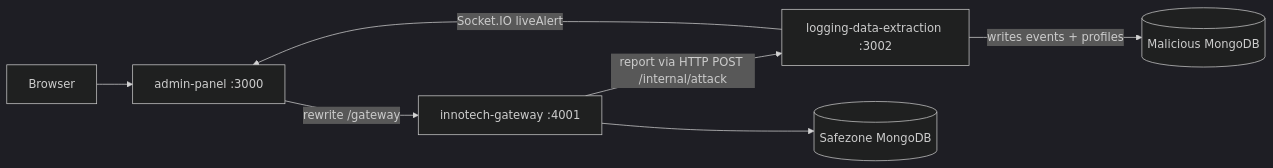
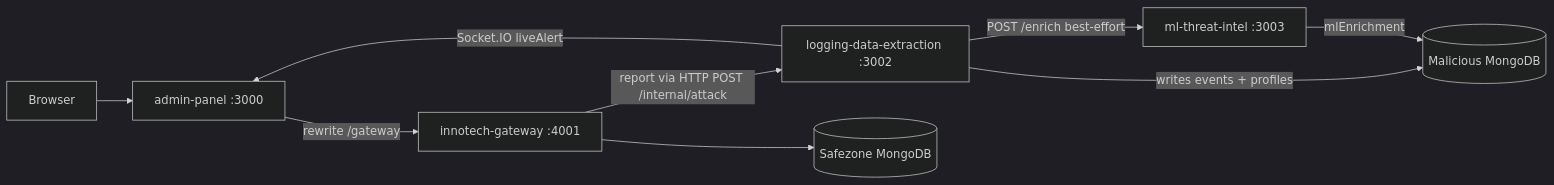
The diagram in docs/ARCHITECTURE.md (yanivbahalul/Evation-cyber-platform), drawn with Mermaid (dark theme) before and after one commit. The commit also changed other lines of this file and 7 other files, not shown here.

````diff
--- a/docs/ARCHITECTURE.md
+++ b/docs/ARCHITECTURE.md
@@ -54,9 +55,11 @@
 ```mermaid
 flowchart LR
   Browser --> AdminPanel["admin-panel :3000"]
   AdminPanel -->|rewrite /gateway| Gateway["innotech-gateway :4001"]
   Gateway -->|report via HTTP POST /internal/attack| Telemetry["logging-data-extraction :3002"]
   Telemetry -->|writes events + profiles| MaliciousDB[(Malicious MongoDB)]
+  Telemetry -->|POST /enrich best-effort| MLThreatIntel["ml-threat-intel :3003"]
+  MLThreatIntel -->|mlEnrichment| MaliciousDB
   Telemetry -->|Socket.IO liveAlert| AdminPanel
   Gateway --> SafezoneDB[(Safezone MongoDB)]
 ```
````
